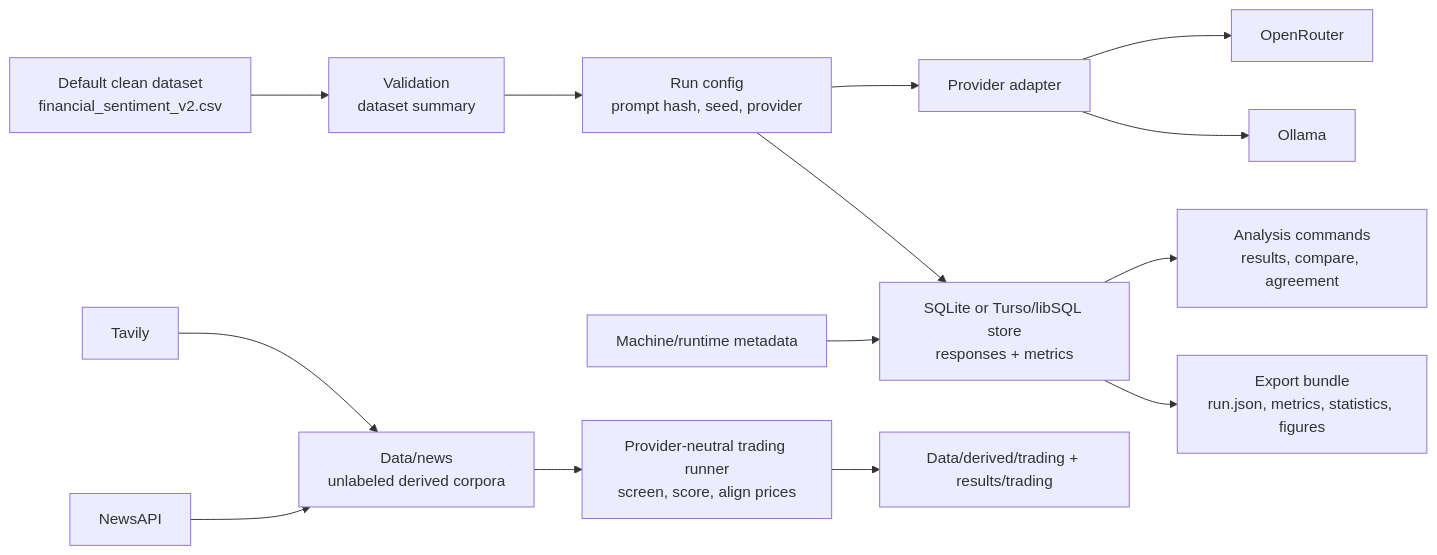
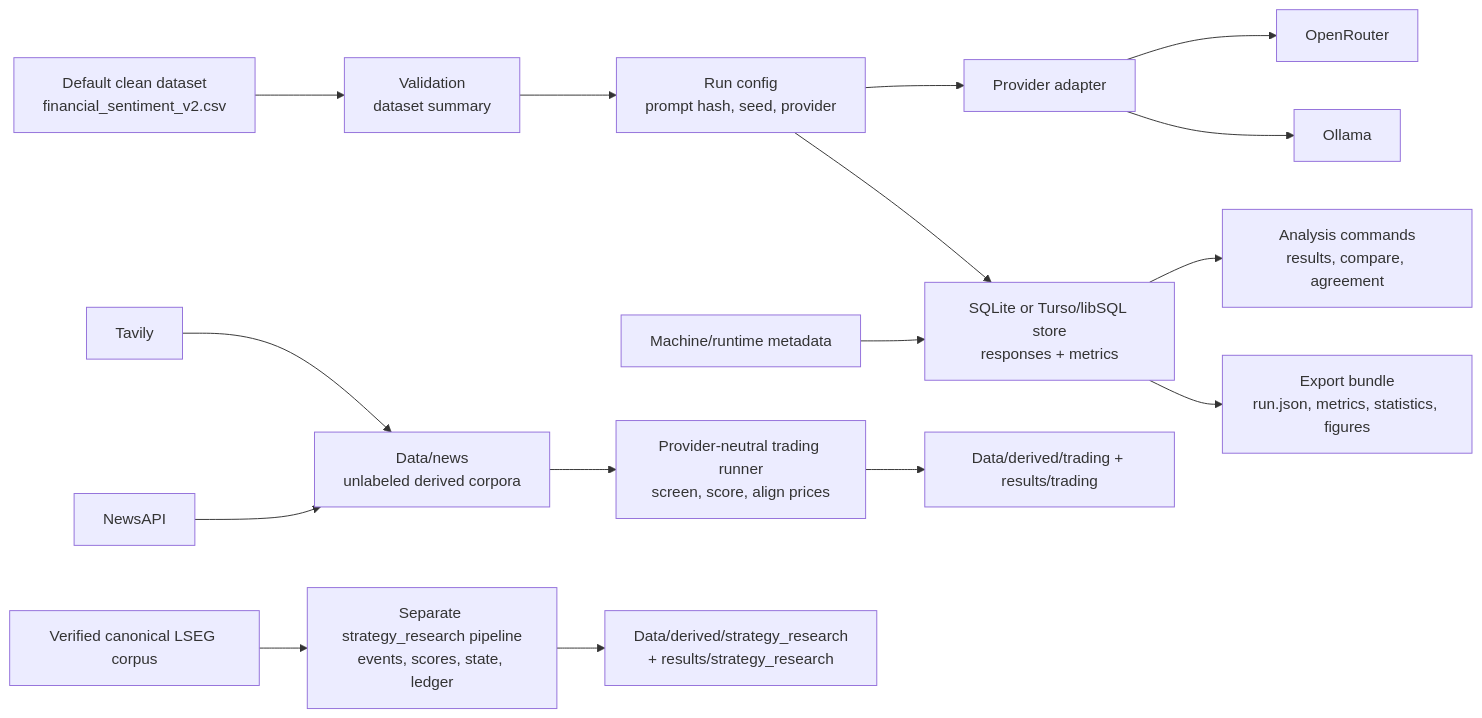
The first of 4 diagrams in docs/architecture.md (PeterLP123/Sentiment_Dissertation), drawn with Mermaid before and after one commit. The commit also changed other lines of this file and 56 other files, not shown here.

Commit message:
feat(strategy): add historical research pipeline

````diff
--- a/docs/architecture.md
+++ b/docs/architecture.md
@@ -17,16 +17,18 @@
 ```mermaid
 flowchart LR
     D["Default clean dataset<br/>financial_sentiment_v2.csv"] --> V["Validation<br/>dataset summary"]
     V --> R["Run config<br/>prompt hash, seed, provider"]
     R --> P["Provider adapter"]
     P --> O["OpenRouter"]
     P --> L["Ollama"]
     R --> S["SQLite or Turso/libSQL store<br/>responses + metrics"]
     M["Machine/runtime metadata"] --> S
     S --> A["Analysis commands<br/>results, compare, agreement"]
     S --> E["Export bundle<br/>run.json, metrics, statistics, figures"]
     T["Tavily"] --> N["Data/news<br/>unlabeled derived corpora"]
     NA["NewsAPI"] --> N
     N --> TR["Provider-neutral trading runner<br/>screen, score, align prices"]
     TR --> TE["Data/derived/trading + results/trading"]
+    LC["Verified canonical LSEG corpus"] --> SR["Separate strategy_research pipeline<br/>events, scores, state, ledger"]
+    SR --> SRA["Data/derived/strategy_research<br/>+ results/strategy_research"]
 ```
````
